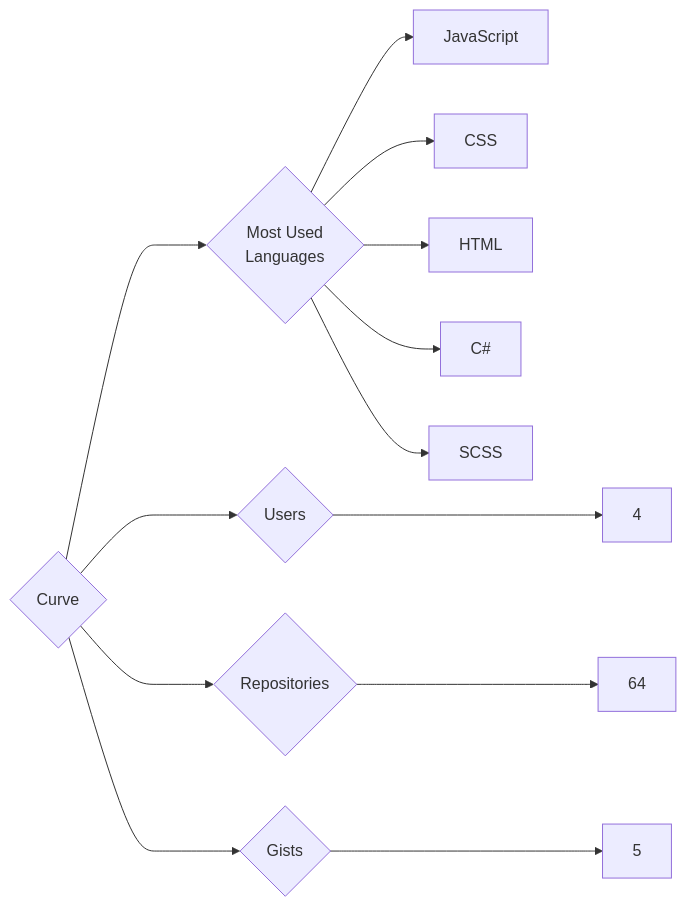
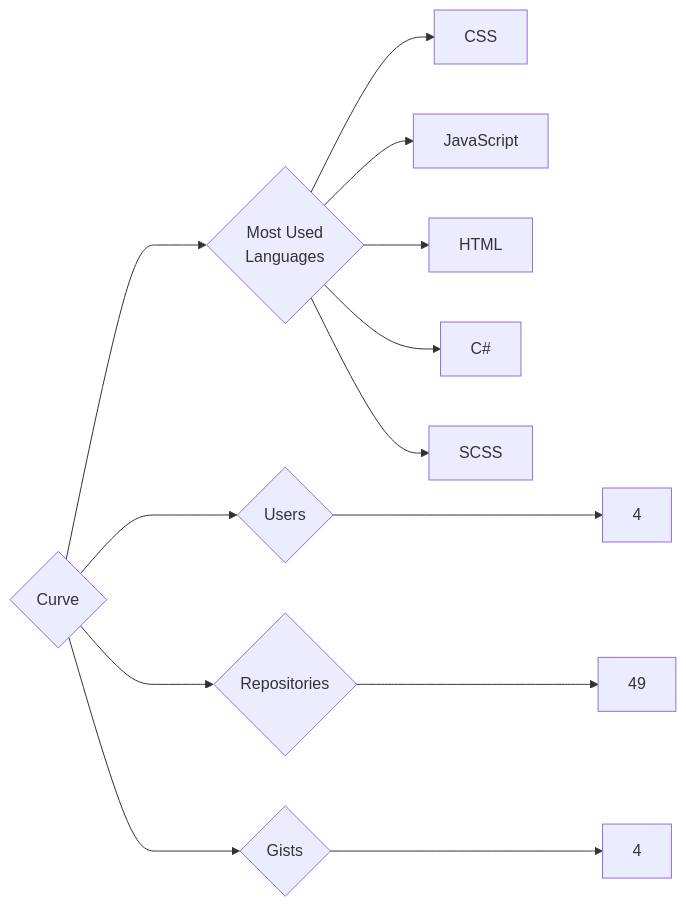
The diagram in targets/Curve/README.md (trickest/insiders), drawn with Mermaid before and after one commit. The commit also changed 622 other files, not shown here.

````diff
--- a/targets/Curve/README.md
+++ b/targets/Curve/README.md
@@ -3,13 +3,13 @@
 ```mermaid
 graph LR
 COMPANY_NAME{Curve}
 COMPANY_NAME ---> U{Users} ---> UN[4]
-COMPANY_NAME ---> R{Repositories} ---> RN[64]
-COMPANY_NAME ---> G{Gists} ---> GN[5]
+COMPANY_NAME ---> R{Repositories} ---> RN[49]
+COMPANY_NAME ---> G{Gists} ---> GN[4]
 COMPANY_NAME ---> ML{Most Used<br>Languages}
+ML --> CSS[CSS]
 ML --> JavaScript[JavaScript]
-ML --> CSS[CSS]
 ML --> HTML[HTML]
 ML --> C#[C#]
 ML --> SCSS[SCSS]
 ```
````
